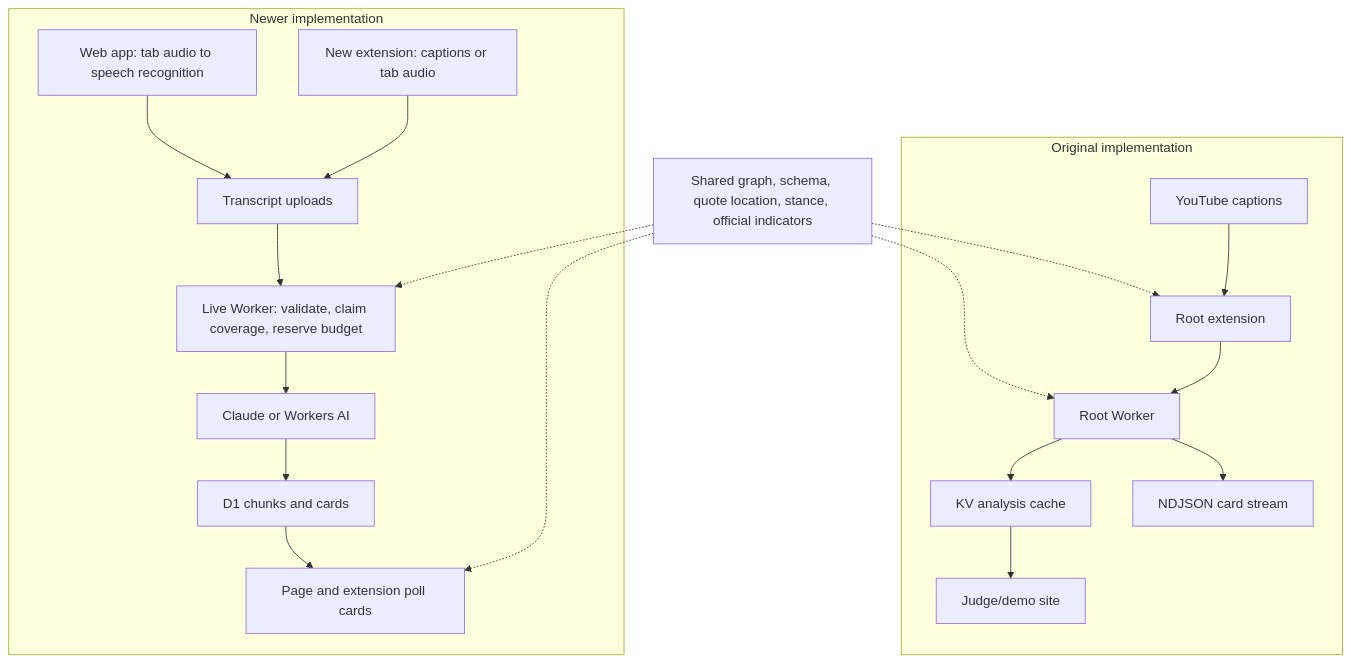
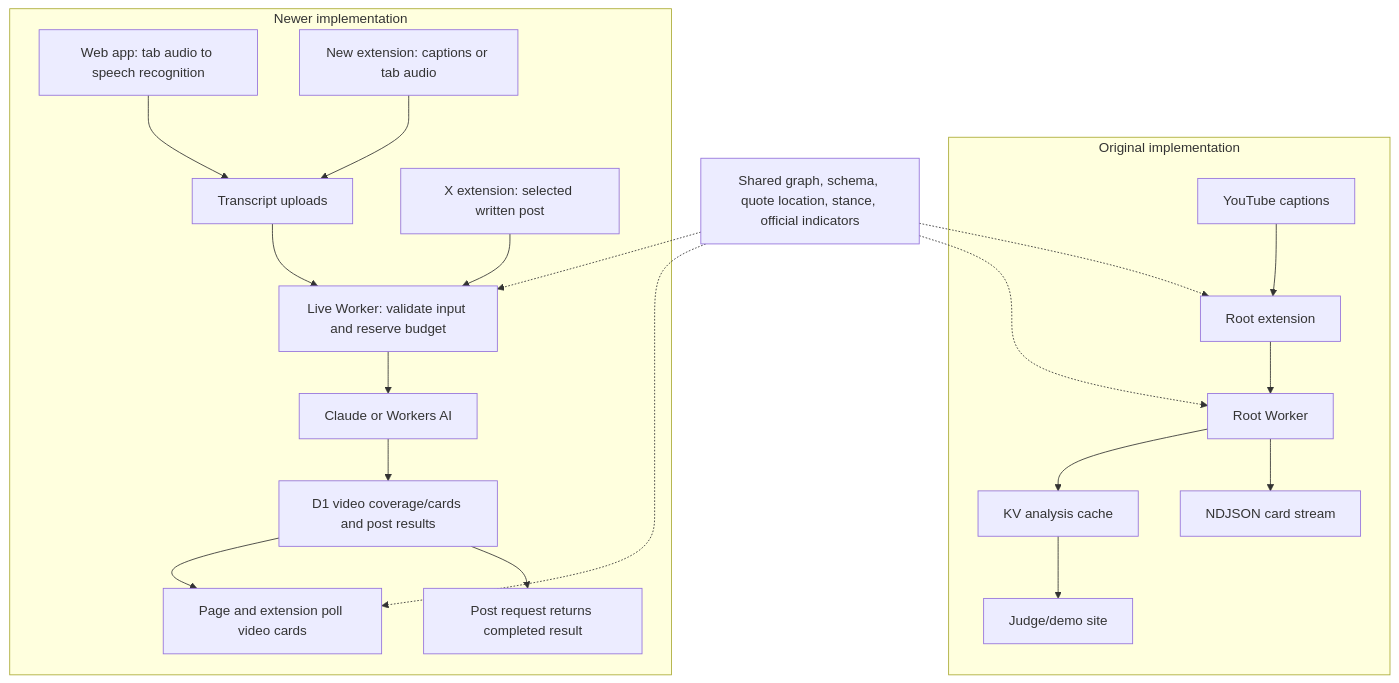
One commit to luanpbrasil/lastro changed the diagram in docs/codebase-guide.md. Above: the diagram before and after it, drawn with Mermaid. The commit also changed other lines of this file and 23 other files, not shown here.

````diff
--- a/docs/codebase-guide.md
+++ b/docs/codebase-guide.md
@@ -26,23 +26,25 @@
 ```mermaid
 flowchart TB
   shared[Shared graph, schema, quote location, stance, official indicators]
   subgraph original[Original implementation]
     yt1[YouTube captions] --> ext1[Root extension]
     ext1 --> worker1[Root Worker]
     worker1 --> kv[KV analysis cache]
     worker1 --> ndjson[NDJSON card stream]
     kv --> demo[Judge/demo site]
   end
   subgraph live[Newer implementation]
     speech[Web app: tab audio to speech recognition] --> uploads[Transcript uploads]
     captions[New extension: captions or tab audio] --> uploads
-    uploads --> worker2[Live Worker: validate, claim coverage, reserve budget]
+    posts[X extension: selected written post] --> worker2
+    uploads --> worker2[Live Worker: validate input and reserve budget]
     worker2 --> models[Claude or Workers AI]
-    models --> d1[D1 chunks and cards]
-    d1 --> polling[Page and extension poll cards]
+    models --> d1[D1 video coverage/cards and post results]
+    d1 --> polling[Page and extension poll video cards]
+    d1 --> result[Post request returns completed result]
   end
   shared -.-> worker1
   shared -.-> worker2
   shared -.-> ext1
   shared -.-> polling
 ```
````
